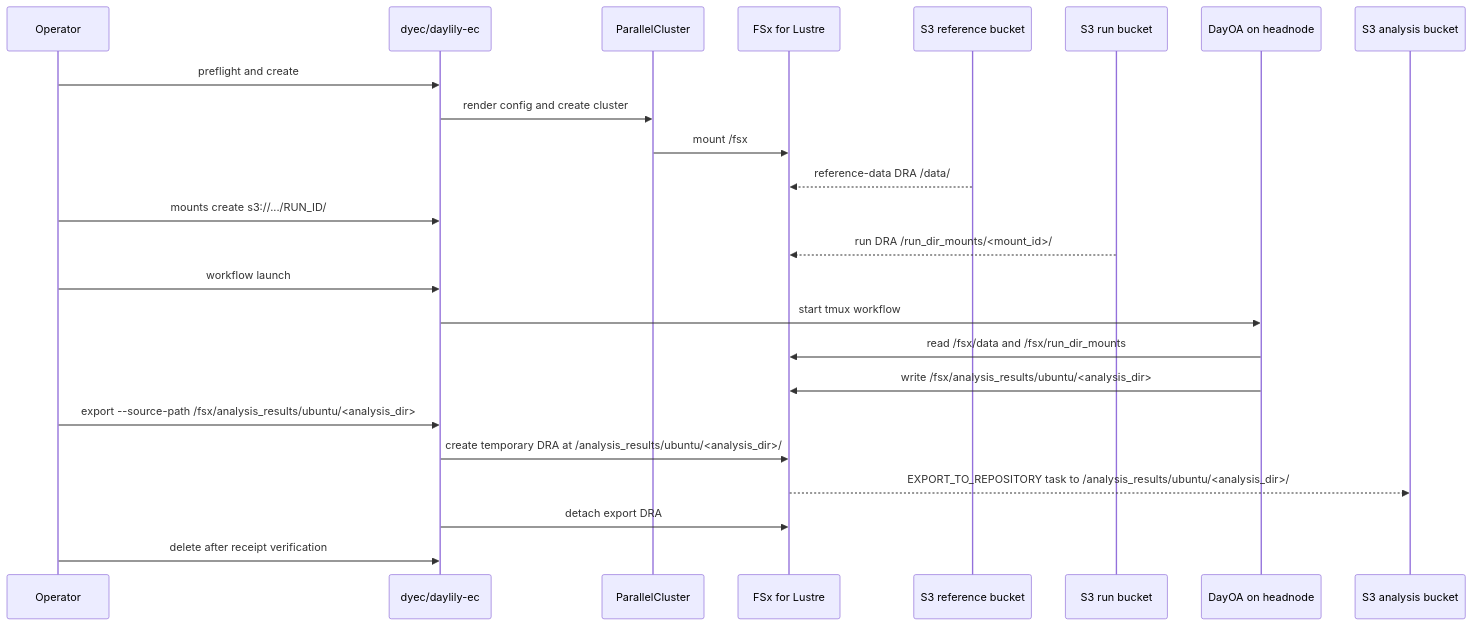
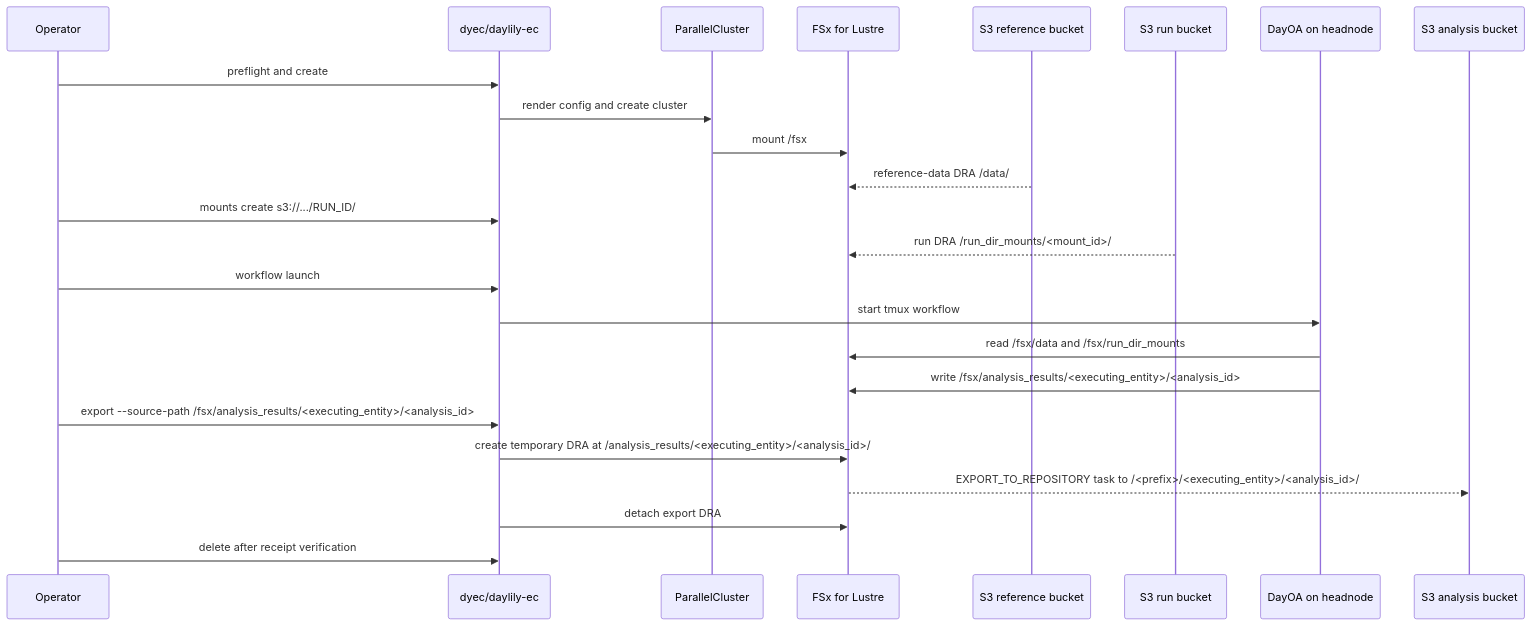
The first of 3 diagrams in docs/dra_fsx_strategy.md (Daylily-Informatics/daylily-ephemeral-cluster), drawn with Mermaid before and after one commit. The commit also changed other lines of this file and 28 other files, not shown here.

Commit message:
Add analysis identity export workflow

````diff
--- a/docs/dra_fsx_strategy.md
+++ b/docs/dra_fsx_strategy.md
@@ -18,27 +18,27 @@
 ```mermaid
 sequenceDiagram
   participant Op as Operator
   participant DyEC as dyec/daylily-ec
   participant PC as ParallelCluster
   participant FSx as FSx for Lustre
   participant Ref as S3 reference bucket
   participant Run as S3 run bucket
   participant DayOA as DayOA on headnode
   participant Out as S3 analysis bucket
 
   Op->>DyEC: preflight and create
   DyEC->>PC: render config and create cluster
   PC->>FSx: mount /fsx
   Ref-->>FSx: reference-data DRA /data/
   Op->>DyEC: mounts create s3://.../RUN_ID/
   Run-->>FSx: run DRA /run_dir_mounts/<mount_id>/
   Op->>DyEC: workflow launch
   DyEC->>DayOA: start tmux workflow
   DayOA->>FSx: read /fsx/data and /fsx/run_dir_mounts
-  DayOA->>FSx: write /fsx/analysis_results/ubuntu/<analysis_dir>
-  Op->>DyEC: export --source-path /fsx/analysis_results/ubuntu/<analysis_dir>
-  DyEC->>FSx: create temporary DRA at /analysis_results/ubuntu/<analysis_dir>/
-  FSx-->>Out: EXPORT_TO_REPOSITORY task to /analysis_results/ubuntu/<analysis_dir>/
+  DayOA->>FSx: write /fsx/analysis_results/<executing_entity>/<analysis_id>
+  Op->>DyEC: export --source-path /fsx/analysis_results/<executing_entity>/<analysis_id>
+  DyEC->>FSx: create temporary DRA at /analysis_results/<executing_entity>/<analysis_id>/
+  FSx-->>Out: EXPORT_TO_REPOSITORY task to /<prefix>/<executing_entity>/<analysis_id>/
   DyEC->>FSx: detach export DRA
   Op->>DyEC: delete after receipt verification
 ```
````
